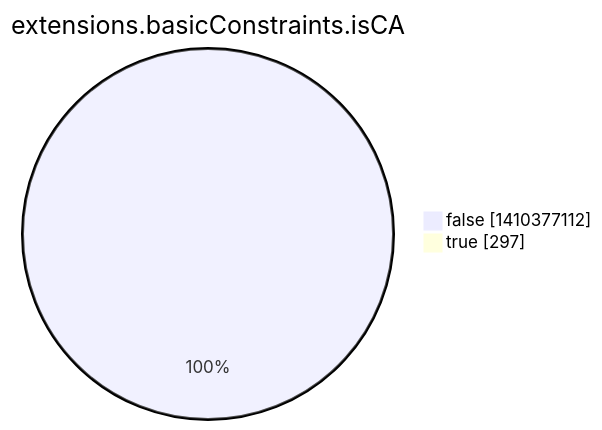
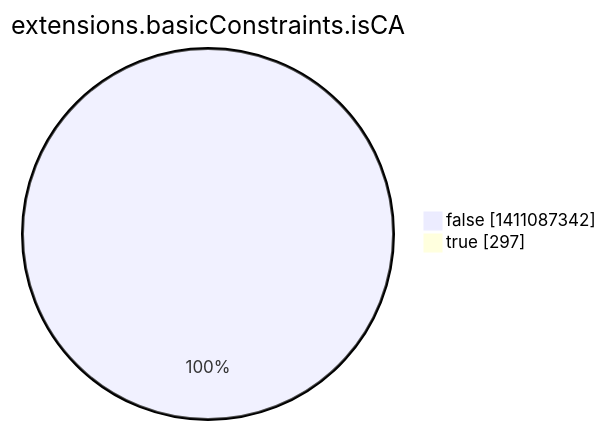
The eighth of 15 diagrams in argon2022/README.md (christiankrug/ctmonitor_visualization), drawn with Mermaid before and after one commit. The commit also changed other lines of this file, not shown here.

````diff
--- a/argon2022/README.md
+++ b/argon2022/README.md
@@ -2760,6 +2760,6 @@
 ```mermaid
 pie showData
 title extensions.basicConstraints.isCA
-"false" :1410377112
+"false" :1411087342
 "true" :297
 ```
````
